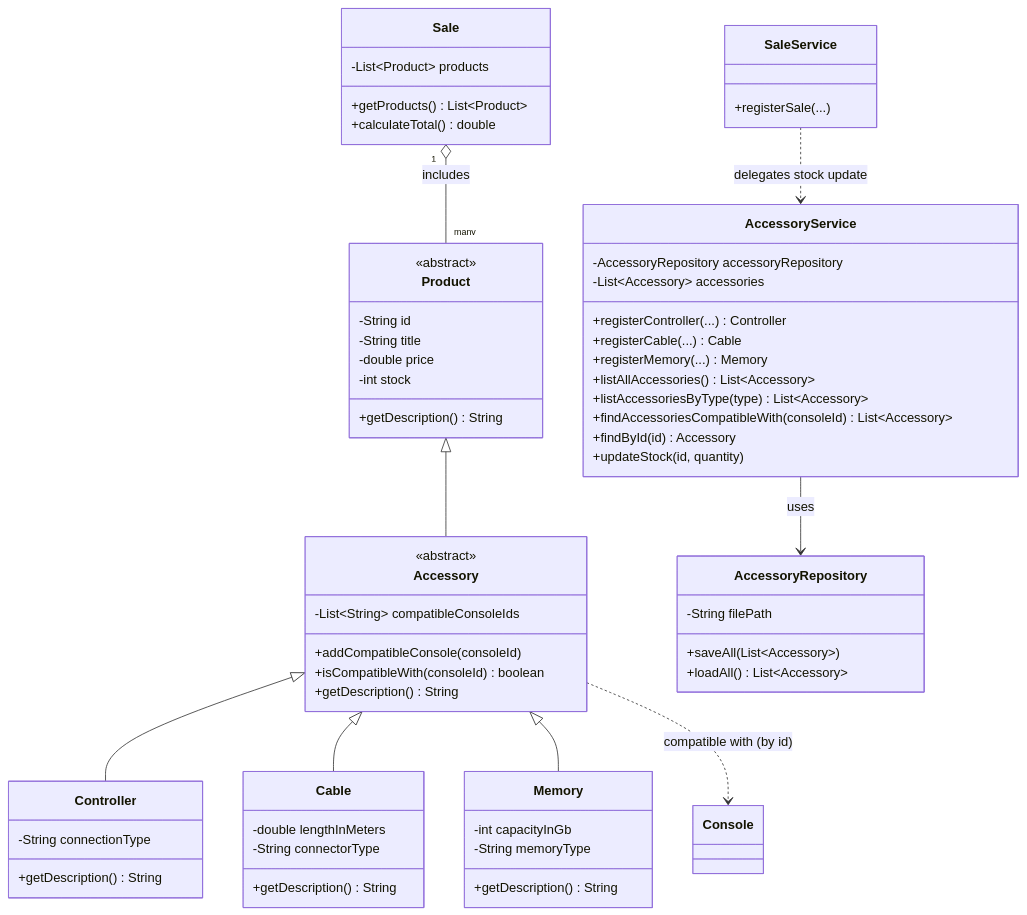
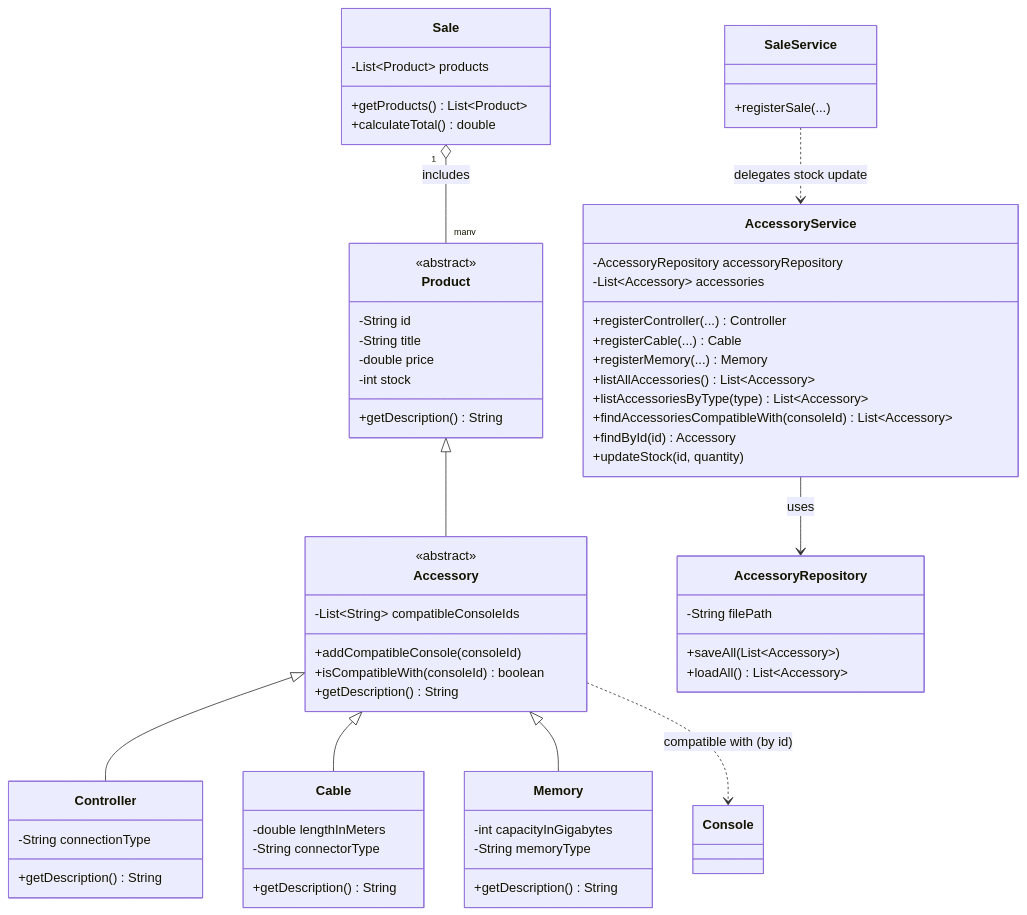
One commit to carloscamelo2008-lang/GameZone-Entropy changed the diagram in docs/accessory-class-diagram.md. Above: the diagram before and after it, drawn with Mermaid. The commit also changed 1 other file, not shown here.

Commit message:
fix: use getCapacityInGigabytes to match Memory implementation

````diff
--- a/docs/accessory-class-diagram.md
+++ b/docs/accessory-class-diagram.md
@@ -3,76 +3,76 @@
 ```mermaid
 classDiagram
     class Product {
         <<abstract>>
         -String id
         -String title
         -double price
         -int stock
         +getDescription() String
     }
 
     class Accessory {
         <<abstract>>
         -List~String~ compatibleConsoleIds
         +addCompatibleConsole(consoleId)
         +isCompatibleWith(consoleId) boolean
         +getDescription() String
     }
 
     class Controller {
         -String connectionType
         +getDescription() String
     }
 
     class Cable {
         -double lengthInMeters
         -String connectorType
         +getDescription() String
     }
 
     class Memory {
-        -int capacityInGb
+        -int capacityInGigabytes
         -String memoryType
         +getDescription() String
     }
 
     class AccessoryRepository {
         -String filePath
         +saveAll(List~Accessory~)
         +loadAll() List~Accessory~
     }
 
     class AccessoryService {
         -AccessoryRepository accessoryRepository
         -List~Accessory~ accessories
         +registerController(...) Controller
         +registerCable(...) Cable
         +registerMemory(...) Memory
         +listAllAccessories() List~Accessory~
         +listAccessoriesByType(type) List~Accessory~
         +findAccessoriesCompatibleWith(consoleId) List~Accessory~
         +findById(id) Accessory
         +updateStock(id, quantity)
     }
 
     class Sale {
         -List~Product~ products
         +getProducts() List~Product~
         +calculateTotal() double
     }
 
     class SaleService {
         +registerSale(...)
     }
 
     class Console
 
     Product <|-- Accessory
     Accessory <|-- Controller
     Accessory <|-- Cable
     Accessory <|-- Memory
     AccessoryService --> AccessoryRepository : uses
     Sale "1" o-- "many" Product : includes
     SaleService ..> AccessoryService : delegates stock update
     Accessory ..> Console : compatible with (by id)
 ```
````
